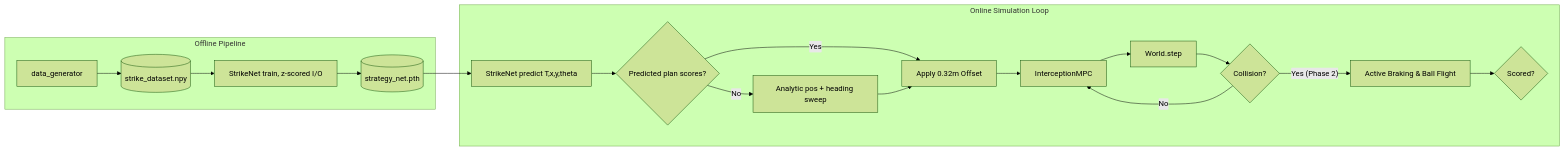
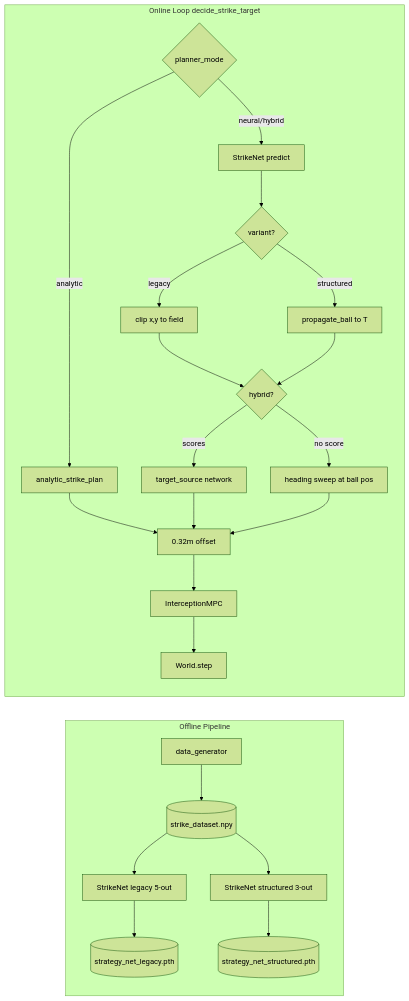
Before and after one commit to Nikunj-Agarwal/project_rocket_soccer: the diagram in docs/SYSTEM_OVERVIEW.md, drawn with Mermaid (forest theme). The commit also changed other lines of this file and 34 other files, not shown here.

````diff
--- a/docs/SYSTEM_OVERVIEW.md
+++ b/docs/SYSTEM_OVERVIEW.md
@@ -14,22 +21,28 @@
 ```mermaid
 flowchart LR
   subgraph offline [Offline Pipeline]
     DG[data_generator] --> DS[(strike_dataset.npy)]
-    DS --> SN[StrikeNet train, z-scored I/O]
-    SN --> M[(strategy_net.pth)]
+    DS --> SN1[StrikeNet legacy 5-out]
+    DS --> SN2[StrikeNet structured 3-out]
+    SN1 --> M1[(strategy_net_legacy.pth)]
+    SN2 --> M2[(strategy_net_structured.pth)]
   end
 
-  subgraph online [Online Simulation Loop]
-    M --> Pred[StrikeNet predict T,x,y,theta]
-    Pred --> Check{Predicted plan scores?}
-    Check -- Yes --> Offset[Apply 0.32m Offset]
-    Check -- No --> FB[Analytic pos + heading sweep]
+  subgraph online [Online Loop decide_strike_target]
+    Mode{planner_mode}
+    Mode -- analytic --> AP[analytic_strike_plan]
+    Mode -- neural/hybrid --> Net[StrikeNet predict]
+    Net --> Derive{variant?}
+    Derive -- legacy --> Clip[clip x,y to field]
+    Derive -- structured --> Roll[propagate_ball to T]
+    Clip --> Hybrid{hybrid?}
+    Roll --> Hybrid
+    Hybrid -- scores --> UseNet[target_source network]
+    Hybrid -- no score --> FB[heading sweep at ball pos]
+    AP --> Offset[0.32m offset]
+    UseNet --> Offset
     FB --> Offset
     Offset --> MPC[InterceptionMPC]
     MPC --> World[World.step]
-    World --> Collision{Collision?}
-    Collision -- No --> MPC
-    Collision -- "Yes (Phase 2)" --> Brake[Active Braking & Ball Flight]
-    Brake --> GoalCheck{Scored?}
   end
 ```
````
